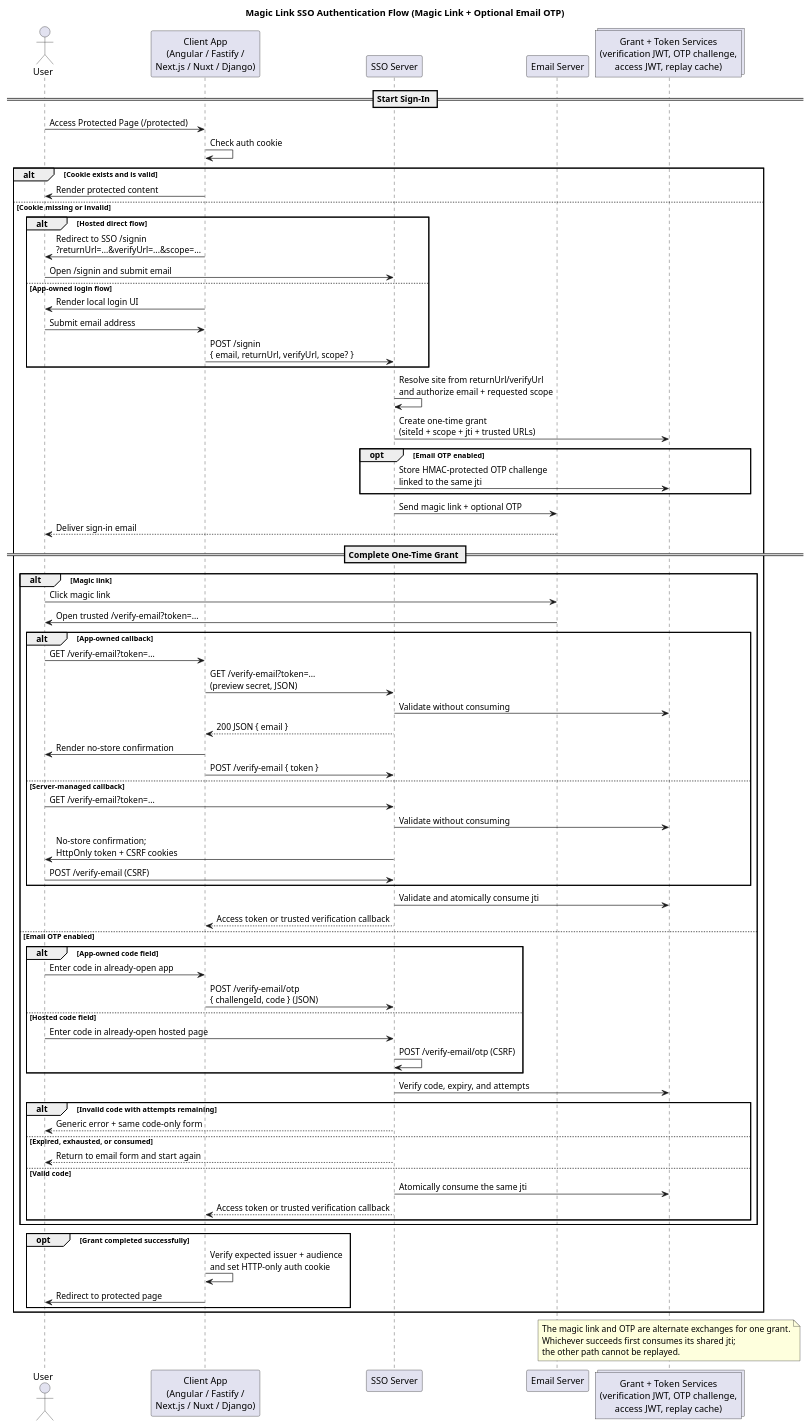
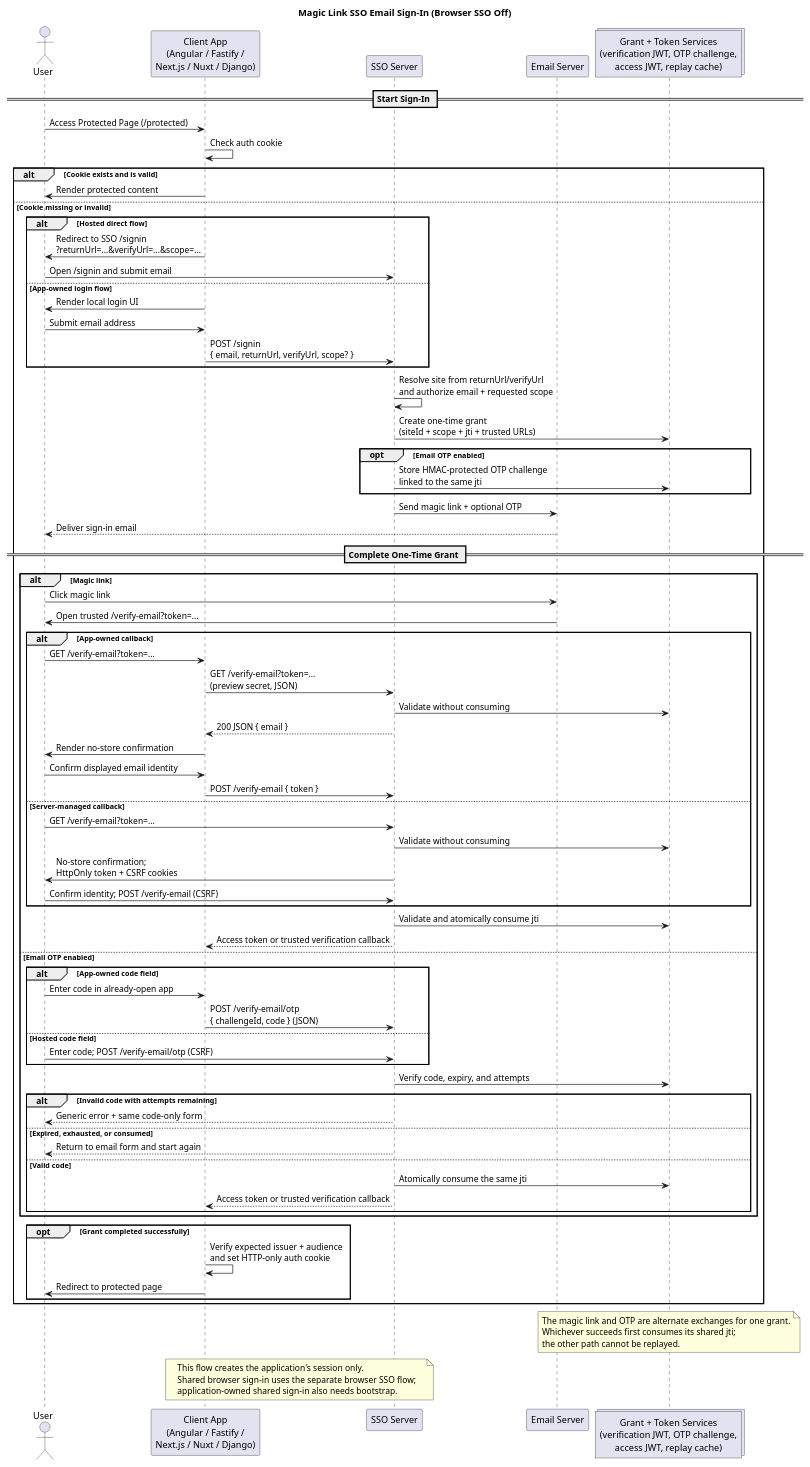
Before and after one commit to magic-link-sso/magic-sso: the diagram in docs/MagicLinkSSO-Flow.puml, drawn with PlantUML. The commit also changed 19 other files, not shown here.

Commit message:
docs: update authentication diagrams for shared browser sessions

```diff
--- a/docs/MagicLinkSSO-Flow.puml
+++ b/docs/MagicLinkSSO-Flow.puml
@@ -1,85 +1,91 @@
 @startuml MagicLinkSSO-Flow
 
-title Magic Link SSO Authentication Flow (Magic Link + Optional Email OTP)
+title Magic Link SSO Email Sign-In (Browser SSO Off)
 
 actor User
 participant "Client App\n(Angular / Fastify /\nNext.js / Nuxt / Django)" as Client
 participant "SSO Server" as SSO
 participant "Email Server" as Email
 collections "Grant + Token Services\n(verification JWT, OTP challenge,\naccess JWT, replay cache)" as GrantService
 
 == Start Sign-In ==
 
 User -> Client: Access Protected Page (/protected)
 Client -> Client: Check auth cookie
 alt Cookie exists and is valid
     Client -> User: Render protected content
 else Cookie missing or invalid
     alt Hosted direct flow
         Client -> User: Redirect to SSO /signin\n?returnUrl=...&verifyUrl=...&scope=...
         User -> SSO: Open /signin and submit email
     else App-owned login flow
         Client -> User: Render local login UI
         User -> Client: Submit email address
         Client -> SSO: POST /signin\n{ email, returnUrl, verifyUrl, scope? }
     end
     SSO -> SSO: Resolve site from returnUrl/verifyUrl\nand authorize email + requested scope
     SSO -> GrantService: Create one-time grant\n(siteId + scope + jti + trusted URLs)
     opt Email OTP enabled
         SSO -> GrantService: Store HMAC-protected OTP challenge\nlinked to the same jti
     end
     SSO -> Email: Send magic link + optional OTP
     Email --> User: Deliver sign-in email
 
     == Complete One-Time Grant ==
 
     alt Magic link
         User -> Email: Click magic link
         Email -> User: Open trusted /verify-email?token=...
         alt App-owned callback
             User -> Client: GET /verify-email?token=...
             Client -> SSO: GET /verify-email?token=...\n(preview secret, JSON)
             SSO -> GrantService: Validate without consuming
             SSO --> Client: 200 JSON { email }
             Client -> User: Render no-store confirmation
+            User -> Client: Confirm displayed email identity
             Client -> SSO: POST /verify-email { token }
         else Server-managed callback
             User -> SSO: GET /verify-email?token=...
             SSO -> GrantService: Validate without consuming
             SSO -> User: No-store confirmation;\nHttpOnly token + CSRF cookies
-            User -> SSO: POST /verify-email (CSRF)
+            User -> SSO: Confirm identity; POST /verify-email (CSRF)
         end
         SSO -> GrantService: Validate and atomically consume jti
         SSO --> Client: Access token or trusted verification callback
     else Email OTP enabled
         alt App-owned code field
             User -> Client: Enter code in already-open app
             Client -> SSO: POST /verify-email/otp\n{ challengeId, code } (JSON)
         else Hosted code field
-            User -> SSO: Enter code in already-open hosted page
-            SSO -> SSO: POST /verify-email/otp (CSRF)
+            User -> SSO: Enter code; POST /verify-email/otp (CSRF)
         end
         SSO -> GrantService: Verify code, expiry, and attempts
         alt Invalid code with attempts remaining
             SSO --> User: Generic error + same code-only form
         else Expired, exhausted, or consumed
             SSO --> User: Return to email form and start again
         else Valid code
             SSO -> GrantService: Atomically consume the same jti
             SSO --> Client: Access token or trusted verification callback
         end
     end
 
     opt Grant completed successfully
         Client -> Client: Verify expected issuer + audience\nand set HTTP-only auth cookie
         Client -> User: Redirect to protected page
     end
 end
 
 note over GrantService
 The magic link and OTP are alternate exchanges for one grant.
 Whichever succeeds first consumes its shared jti;
 the other path cannot be replayed.
 end note
 
+note over Client, SSO
+This flow creates the application's session only.
+Shared browser sign-in uses the separate browser SSO flow;
+application-owned shared sign-in also needs bootstrap.
+end note
+
 @enduml
```
